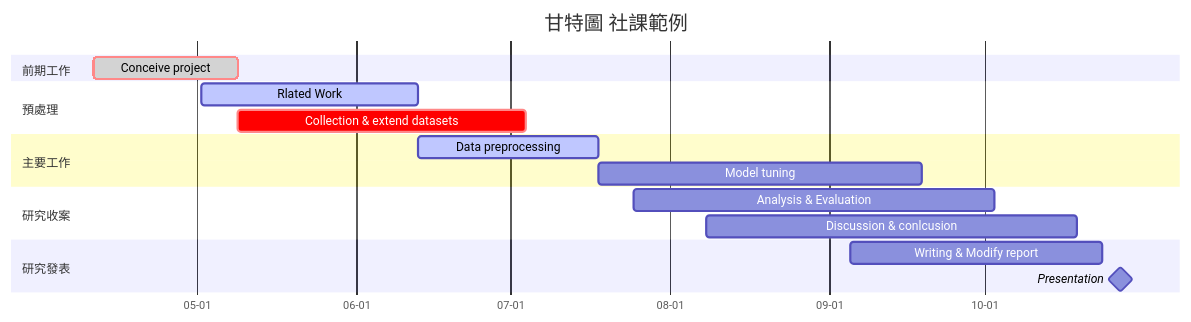
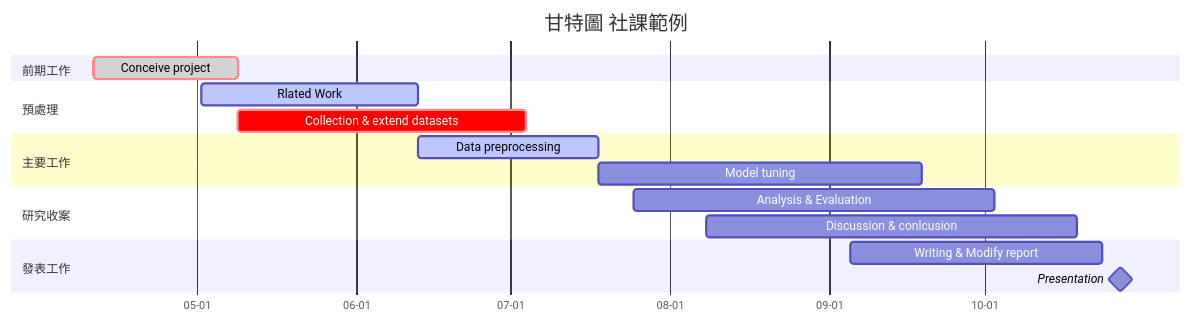
One commit to whyhugo/zfcsc-experience-sharing changed the diagram in README.md. Above: the diagram before and after it, drawn with Mermaid.

````diff
--- a/README.md
+++ b/README.md
@@ -1,32 +1,33 @@
 ```mermaid
 gantt
 %% 宣告圖表樣式gantt
     title 甘特圖 社課範例
 		%% 圖表標題
     dateFormat  MM-DD
 		%% 日期格式
 		axisFormat  %m-%d
 		%% 縱軸的日期格式
 		
 		section 前期工作
 		%% 宣告一個區塊
 		    Conceive project : crit, done, plan, 04-11, 28d
 			%%語法：
 			%%甘特圖上的任務名稱 : [crit], [active|done], 任務名稱, [日期|after 任務名稱], 長度
 
 		
         section 預處理
             Rlated Work  :active,bb, 05-02, 42d
             Collection & extend datasets  : crit ,b2, 05-09, 56d
     
 		section 主要工作
             Data preprocessing: active, dp, 06-13  , 35d
             Model tuning: implement, after dp, 63d
 
 		section 研究收案
-		    Analysis & Evaluation: copyright, 07-25, 70d
+			Analysis & Evaluation: copyright, 07-25, 70d
             Discussion & conlcusion: dc, 08-08, 72d
-        section 研究發表
+			
+        section 發表工作
             Writing & Modify report: wm, 09-05, 49d
             Presentation: milestone, after wm, 7d
 ```
````
